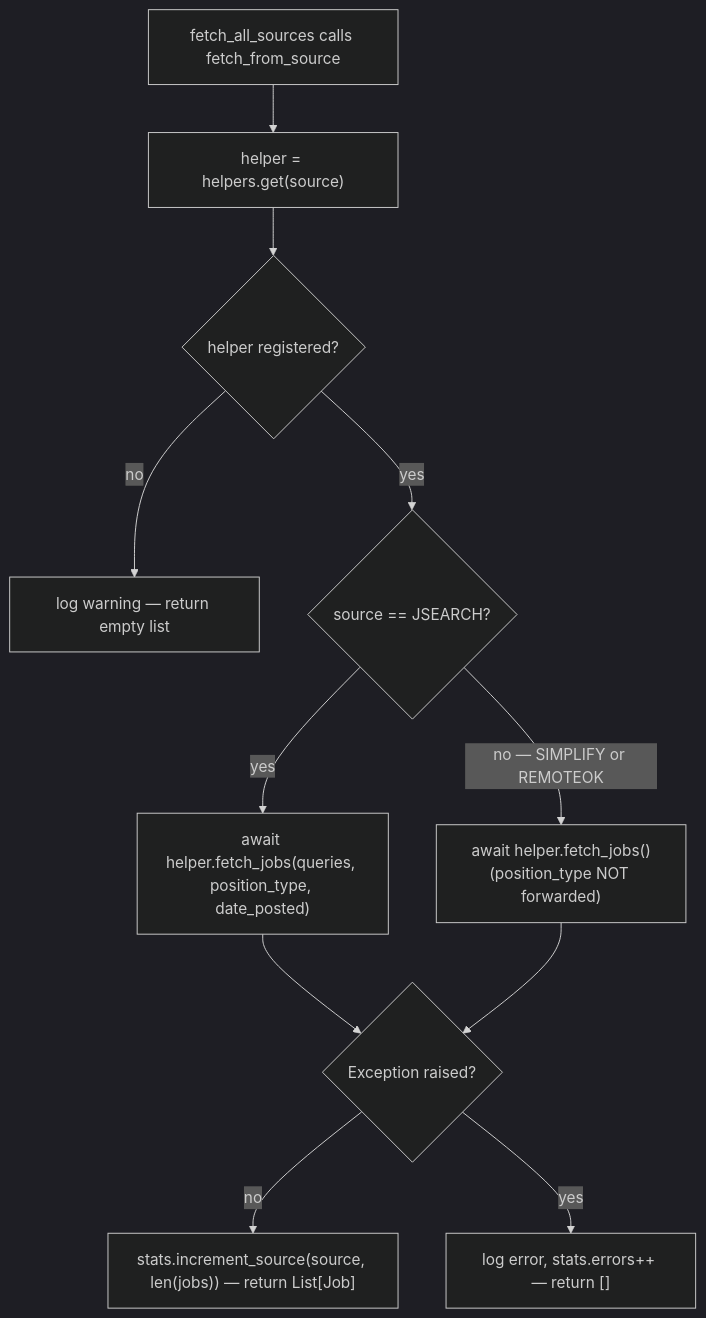
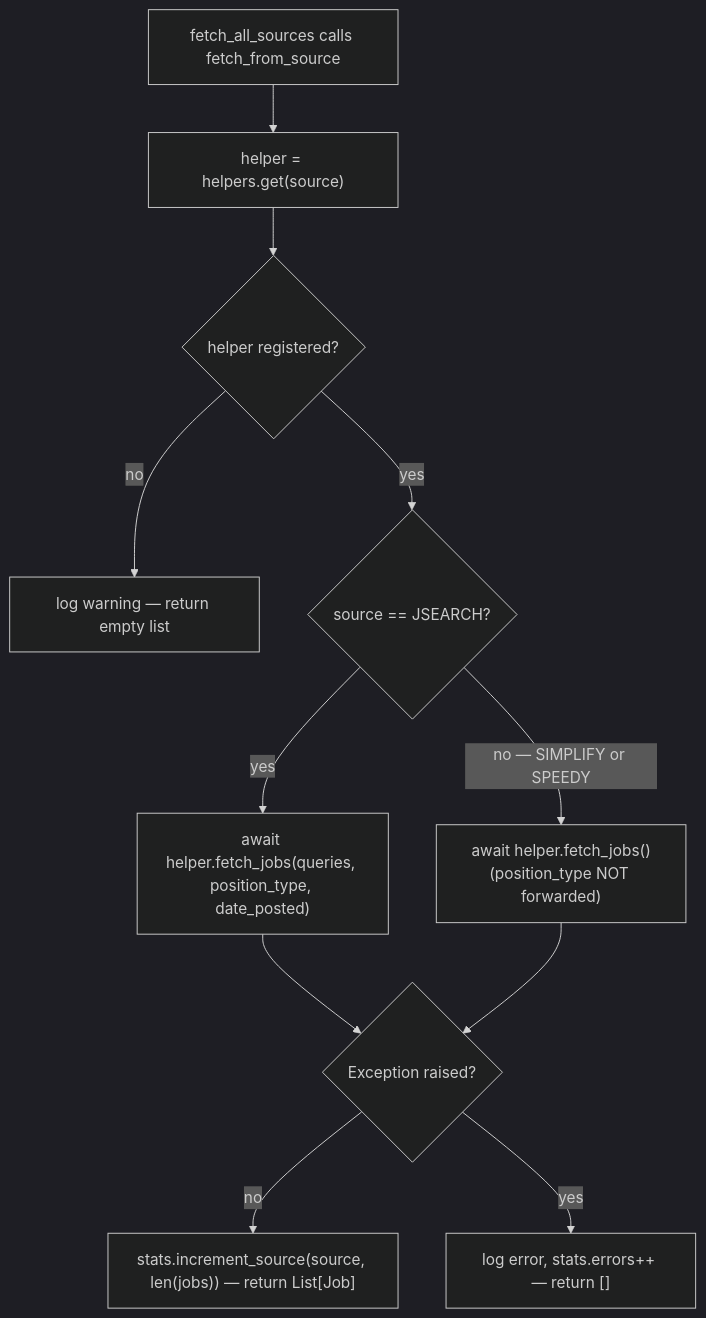
Before and after one commit to AustinDwomoh/libra: the second of 5 diagrams in docs/diagrams/azalea_seq.md, drawn with Mermaid (dark theme). The commit also changed other lines of this file and 27 other files, not shown here.

````diff
--- a/docs/diagrams/azalea_seq.md
+++ b/docs/diagrams/azalea_seq.md
@@ -12,18 +12,16 @@
 ```mermaid
 %% flowchart — fetch_from_source (route to correct helper)
-%% NOTE: position_type is forwarded to JSearch only. For SIMPLIFY (the only other
-%% helper actually registered) the case _ branch calls helper.fetch_jobs() with no
-%% args, dropping position_type. REMOTEOK is included for completeness but never
-%% reaches this point in practice — see _init_helpers diagram above.
+%% NOTE: position_type is forwarded to JSearch only. For SIMPLIFY/SPEEDY the
+%% case _ branch calls helper.fetch_jobs() with no args, dropping position_type.
 flowchart TD
     A[fetch_all_sources calls fetch_from_source] --> B["helper = helpers.get(source)"]
     B --> C{helper registered?}
     C -->|no| D[log warning — return empty list]
     C -->|yes| E{"source == JSEARCH?"}
     E -->|yes| F["await helper.fetch_jobs(queries, position_type, date_posted)"]
-    E -->|no — SIMPLIFY or REMOTEOK| G["await helper.fetch_jobs()<br/>(position_type NOT forwarded)"]
+    E -->|no — SIMPLIFY or SPEEDY| G["await helper.fetch_jobs()<br/>(position_type NOT forwarded)"]
     F --> H{Exception raised?}
     G --> H
     H -->|no| I["stats.increment_source(source, len(jobs)) — return List[Job]"]
     H -->|yes| J["log error, stats.errors++ — return []"]
 ```
````
